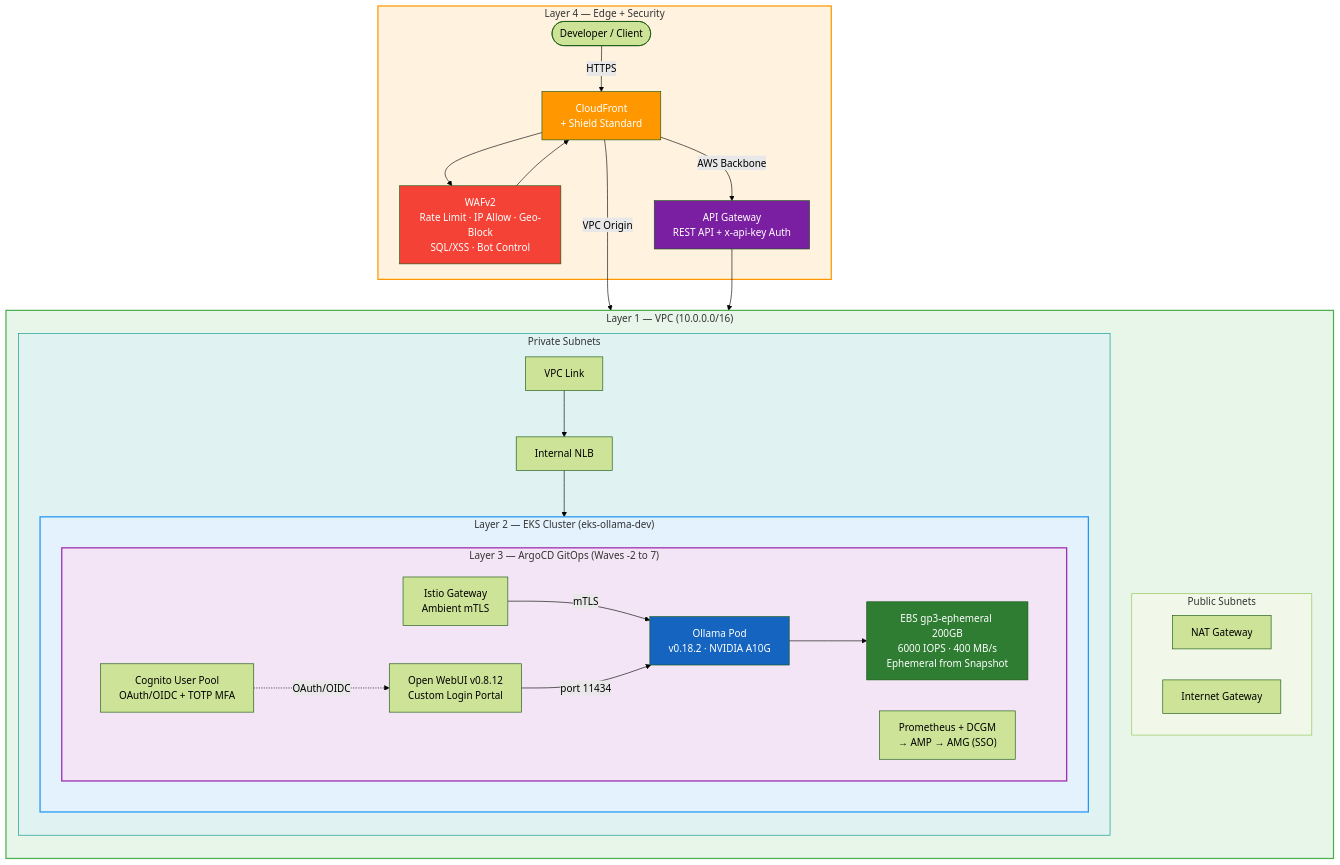
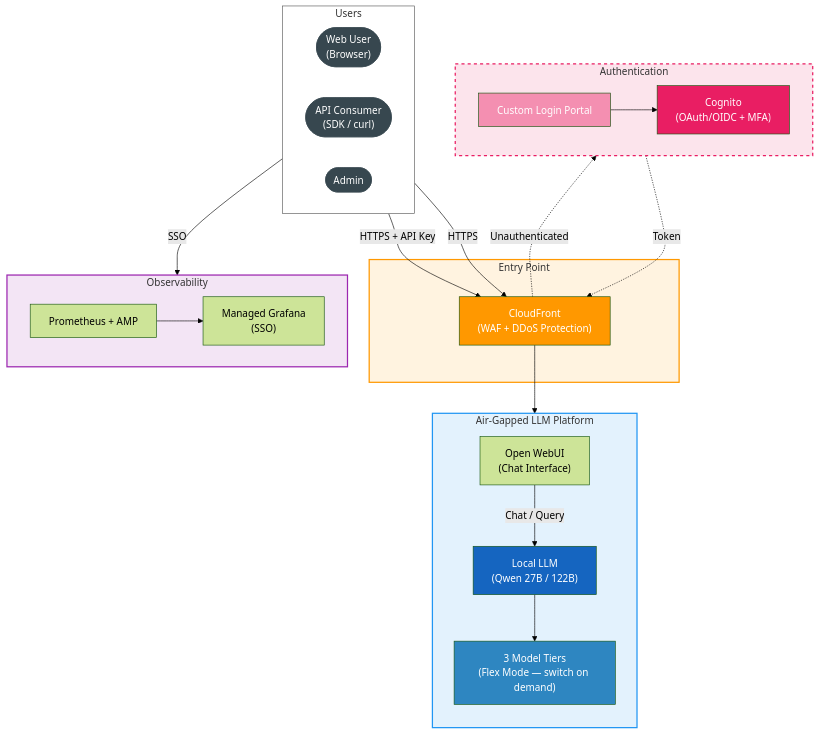
Before and after one commit to shanaka-versent/Ollama-on-EKS: the first of 7 diagrams in README.md, drawn with Mermaid (forest theme). The commit also changed other lines of this file, not shown here.

First line of the commit message:
fix: refocus architecture diagrams — solutions vs infrastructure

````diff
--- a/README.md
+++ b/README.md
@@ -11,60 +11,66 @@
 ```mermaid
 flowchart TB
-    subgraph L4["Layer 4 — Edge + Security"]
-        Client([Developer / Client])
-        CF["CloudFront\n+ Shield Standard"]
-        WAF["WAFv2\nRate Limit · IP Allow · Geo-Block\nSQL/XSS · Bot Control"]
-        APIGW["API Gateway\nREST API + x-api-key Auth"]
+    %% ━━━ HIGH-LEVEL SOLUTIONS ARCHITECTURE ━━━
+    %% Focus: user journeys, data flow, major capabilities
+    %% NOT: VPCs, subnets, NLBs, Istio, node types
+
+    subgraph USERS["Users"]
+        direction LR
+        WEB_USER(["Web User<br/>(Browser)"])
+        API_USER(["API Consumer<br/>(SDK / curl)"])
+        ADMIN_USER(["Admin"])
     end
 
-    subgraph L1["Layer 1 — VPC (10.0.0.0/16)"]
-        direction TB
-        subgraph pub["Public Subnets"]
-            NAT["NAT Gateway"]
-            IGW["Internet Gateway"]
-        end
-
-        subgraph priv["Private Subnets"]
-            VPCL["VPC Link"]
-            NLB["Internal NLB"]
-
-            subgraph L2["Layer 2 — EKS Cluster (eks-ollama-dev)"]
-                direction TB
-                subgraph L3["Layer 3 — ArgoCD GitOps (Waves -2 to 7)"]
-                    direction LR
-                    ISTIO["Istio Gateway\nAmbient mTLS"]
-                    OLLAMA["Ollama Pod\nv0.18.2 · NVIDIA A10G"]
-                    EBS["EBS gp3-ephemeral 200GB\n6000 IOPS · 400 MB/s\nEphemeral from Snapshot"]
-                    WEBUI["Open WebUI v0.8.12\nCustom Login Portal"]
-                    COG["Cognito User Pool\nOAuth/OIDC + TOTP MFA"]
-                    MON["Prometheus + DCGM\n→ AMP → AMG (SSO)"]
-                end
-            end
-        end
+    subgraph ENTRY["Entry Point"]
+        CF["CloudFront<br/>(WAF + DDoS Protection)"]
     end
 
-    Client -->|HTTPS| CF
-    CF --> WAF
-    WAF --> CF
-    CF -->|VPC Origin| NLB
-    CF -->|AWS Backbone| APIGW
-    APIGW --> VPCL
-    VPCL --> NLB
-    NLB --> ISTIO
-    ISTIO -->|mTLS| OLLAMA
-    OLLAMA --> EBS
-    WEBUI -->|port 11434| OLLAMA
-    COG -.->|OAuth/OIDC| WEBUI
+    subgraph AUTH_LAYER["Authentication"]
+        direction LR
+        PORTAL["Custom Login Portal"]
+        COGNITO["Cognito<br/>(OAuth/OIDC + MFA)"]
+    end
 
-    style L4 fill:#fff3e0,stroke:#ff9800,stroke-width:2px
-    style L1 fill:#e8f5e9,stroke:#4caf50,stroke-width:2px
-    style L2 fill:#e3f2fd,stroke:#2196f3,stroke-width:2px
-    style L3 fill:#f3e5f5,stroke:#9c27b0,stroke-width:2px
-    style pub fill:#f1f8e9,stroke:#8bc34a
-    style priv fill:#e0f2f1,stroke:#009688
+    subgraph PLATFORM["Air-Gapped LLM Platform"]
+        direction TB
+        WEBUI["Open WebUI<br/>(Chat Interface)"]
+        OLLAMA["Local LLM<br/>(Qwen 27B / 122B)"]
+        MODELS["3 Model Tiers<br/>(Flex Mode — switch on demand)"]
+    end
+
+    subgraph OBSERVABILITY["Observability"]
+        direction LR
+        METRICS["Prometheus + AMP"]
+        DASH["Managed Grafana<br/>(SSO)"]
+    end
+
+    %% User journeys
+    WEB_USER -->|"HTTPS"| CF
+    API_USER -->|"HTTPS + API Key"| CF
+    CF --> WEBUI
+    CF -.->|"Unauthenticated"| PORTAL
+    PORTAL --> COGNITO
+    COGNITO -.->|"Token"| CF
+
+    %% Chat flow
+    WEBUI -->|"Chat / Query"| OLLAMA
+    OLLAMA --> MODELS
+
+    %% Observability
+    METRICS --> DASH
+    ADMIN_USER -->|"SSO"| DASH
+
+    style USERS fill:#fff,stroke:#555,stroke-width:1px
+    style ENTRY fill:#fff3e0,stroke:#ff9800,stroke-width:2px
+    style AUTH_LAYER fill:#fce4ec,stroke:#e91e63,stroke-width:2px,stroke-dasharray: 5 5
+    style PLATFORM fill:#e3f2fd,stroke:#2196f3,stroke-width:2px
+    style OBSERVABILITY fill:#f3e5f5,stroke:#9c27b0,stroke-width:2px
+    style WEB_USER fill:#37474f,color:#fff,stroke:#37474f
+    style API_USER fill:#37474f,color:#fff,stroke:#37474f
+    style ADMIN_USER fill:#37474f,color:#fff,stroke:#37474f
+    style OLLAMA fill:#1565c0,color:#fff
     style CF fill:#ff9800,color:#fff
-    style WAF fill:#f44336,color:#fff
-    style APIGW fill:#7b1fa2,color:#fff
-    style OLLAMA fill:#1565c0,color:#fff
-    style EBS fill:#2e7d32,color:#fff
+    style COGNITO fill:#e91e63,color:#fff
+    style PORTAL fill:#f48fb1,color:#fff
+    style MODELS fill:#2E86C1,color:#fff
 ```
````
